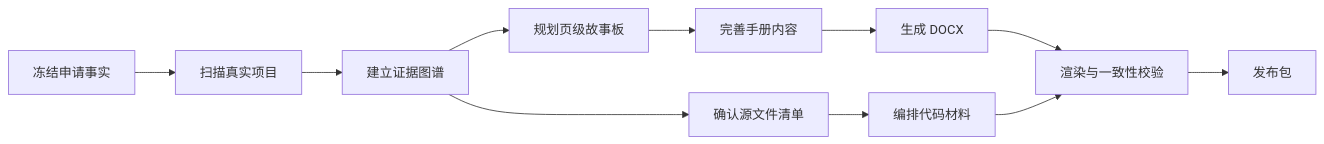
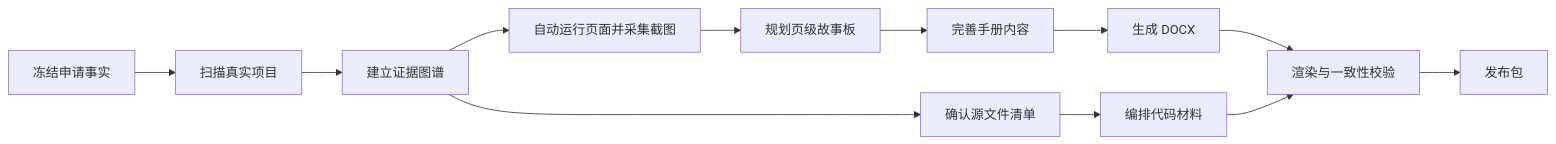
The diagram in README.md (IvanCodesDev/software-certificate-skill), drawn with Mermaid before and after one commit. The commit also changed other lines of this file and 17 other files, not shown here.

````diff
--- a/README.md
+++ b/README.md
@@ -54,13 +56,14 @@
 ```mermaid
 flowchart LR
     A[冻结申请事实] --> B[扫描真实项目]
     B --> C[建立证据图谱]
-    C --> D[规划页级故事板]
+    C --> S[自动运行页面并采集截图]
+    S --> D[规划页级故事板]
     D --> E[完善手册内容]
     E --> F[生成 DOCX]
     C --> G[确认源文件清单]
     G --> H[编排代码材料]
     F --> I[渲染与一致性校验]
     H --> I
     I --> J[发布包]
 ```
````
